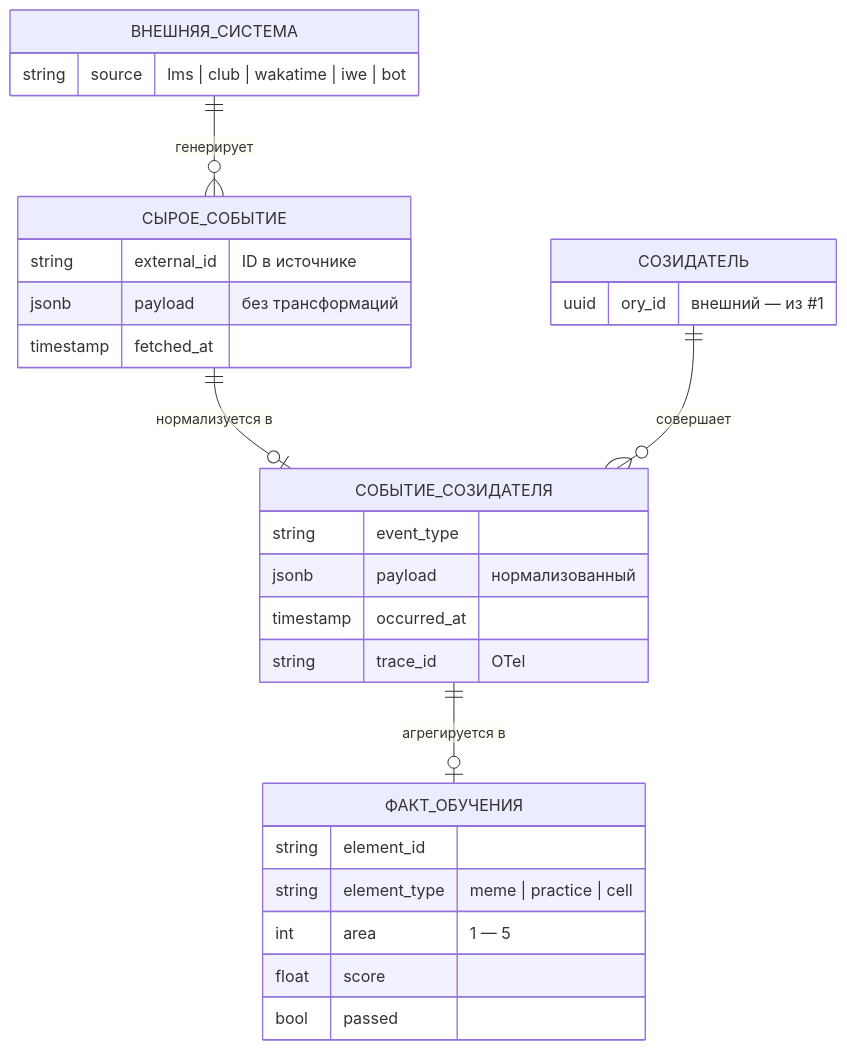
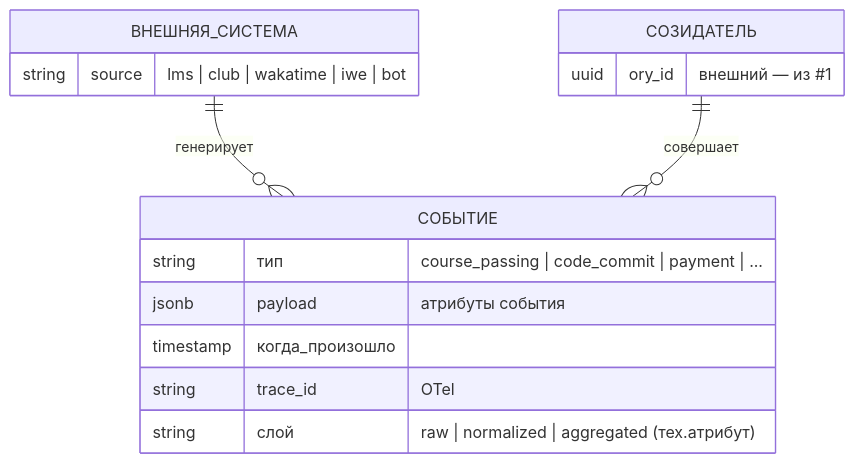
One commit to TserenTserenov/PACK-digital-platform changed the fifth of 15 diagrams in pack/digital-platform/02-domain-entities/DP.ARCH.004-neon-data-architecture.md. Above: the diagram before and after it, drawn with Mermaid. The commit also changed other lines of this file and 2 other files, not shown here.

````diff
--- a/pack/digital-platform/02-domain-entities/DP.ARCH.004-neon-data-architecture.md
+++ b/pack/digital-platform/02-domain-entities/DP.ARCH.004-neon-data-architecture.md
@@ -364,32 +440,19 @@
 ```mermaid
 erDiagram
-    ВНЕШНЯЯ_СИСТЕМА ||--o{ СЫРОЕ_СОБЫТИЕ : "генерирует"
-    СЫРОЕ_СОБЫТИЕ ||--o| СОБЫТИЕ_СОЗИДАТЕЛЯ : "нормализуется в"
-    СОЗИДАТЕЛЬ ||--o{ СОБЫТИЕ_СОЗИДАТЕЛЯ : "совершает"
-    СОБЫТИЕ_СОЗИДАТЕЛЯ ||--o| ФАКТ_ОБУЧЕНИЯ : "агрегируется в"
+    ВНЕШНЯЯ_СИСТЕМА ||--o{ СОБЫТИЕ : "генерирует"
+    СОЗИДАТЕЛЬ ||--o{ СОБЫТИЕ : "совершает"
 
     ВНЕШНЯЯ_СИСТЕМА {
         string source "lms | club | wakatime | iwe | bot"
     }
-    СЫРОЕ_СОБЫТИЕ {
-        string external_id "ID в источнике"
-        jsonb payload "без трансформаций"
-        timestamp fetched_at
-    }
-    СОБЫТИЕ_СОЗИДАТЕЛЯ {
-        string event_type
-        jsonb payload "нормализованный"
-        timestamp occurred_at
+    СОБЫТИЕ {
+        string тип "course_passing | code_commit | payment | ..."
+        jsonb payload "атрибуты события"
+        timestamp когда_произошло
         string trace_id "OTel"
-    }
-    ФАКТ_ОБУЧЕНИЯ {
-        string element_id
-        string element_type "meme | practice | cell"
-        int area "1 — 5"
-        float score
-        bool passed
+        string слой "raw | normalized | aggregated (тех.атрибут)"
     }
     СОЗИДАТЕЛЬ {
         uuid ory_id "внешний — из #1"
     }
 ```
````
